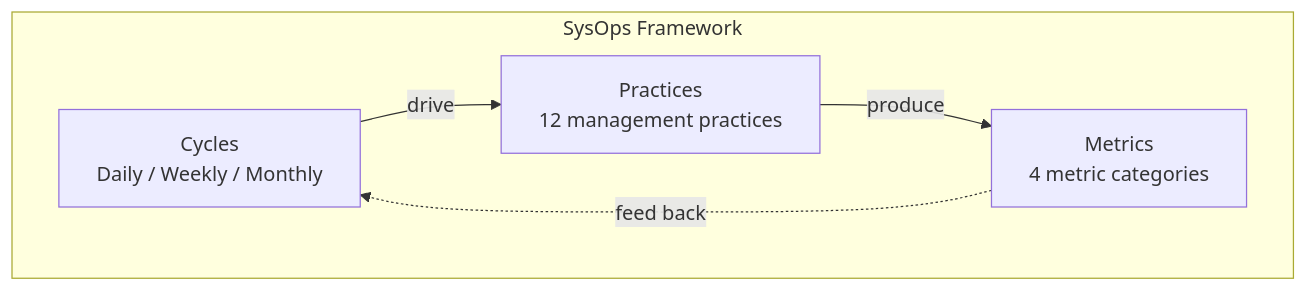
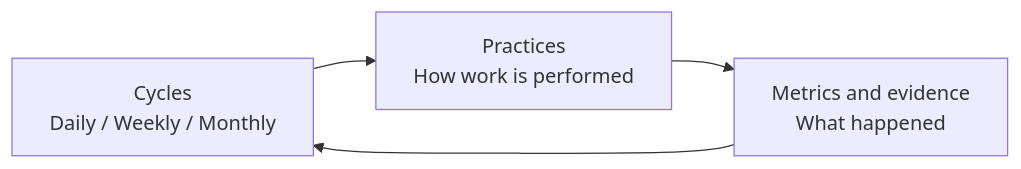
The first of 2 diagrams in content/docs/data-relationships.md (g3rhard/sysops-framework), drawn with Mermaid before and after one commit. The commit also changed other lines of this file and 41 other files, not shown here.

````diff
--- a/content/docs/data-relationships.md
+++ b/content/docs/data-relationships.md
@@ -32,9 +19,6 @@
 ```mermaid
-flowchart TD
-    subgraph framework["SysOps Framework"]
-        direction LR
-        C[Cycles<br/>Daily / Weekly / Monthly] -->|drive| P[Practices<br/>12 management practices]
-        P -->|produce| M[Metrics<br/>4 metric categories]
-        M -.->|feed back| C
-    end
+flowchart LR
+    C[Cycles<br/>Daily / Weekly / Monthly] --> P[Practices<br/>How work is performed]
+    P --> M[Metrics and evidence<br/>What happened]
+    M --> C
 ```
````
